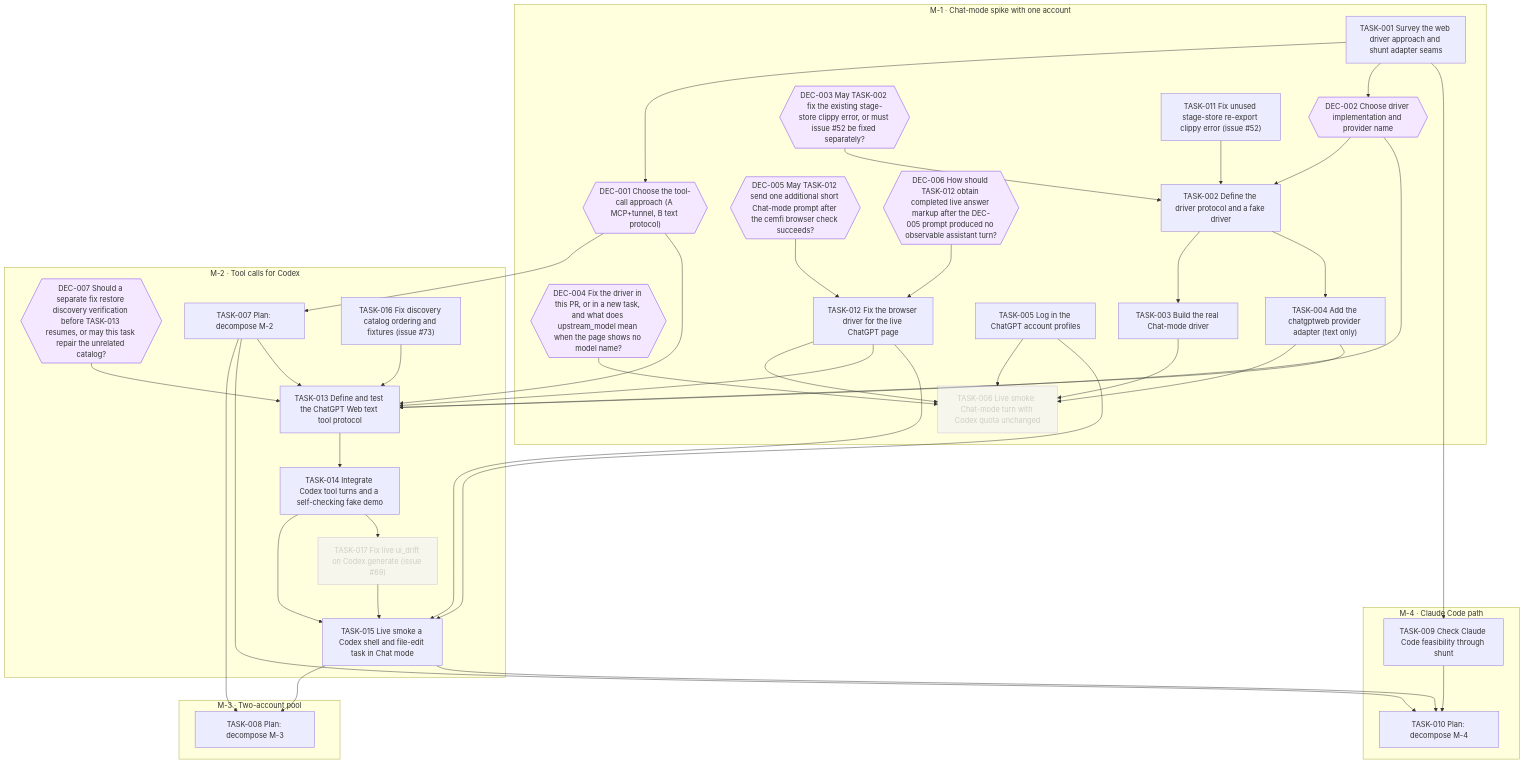
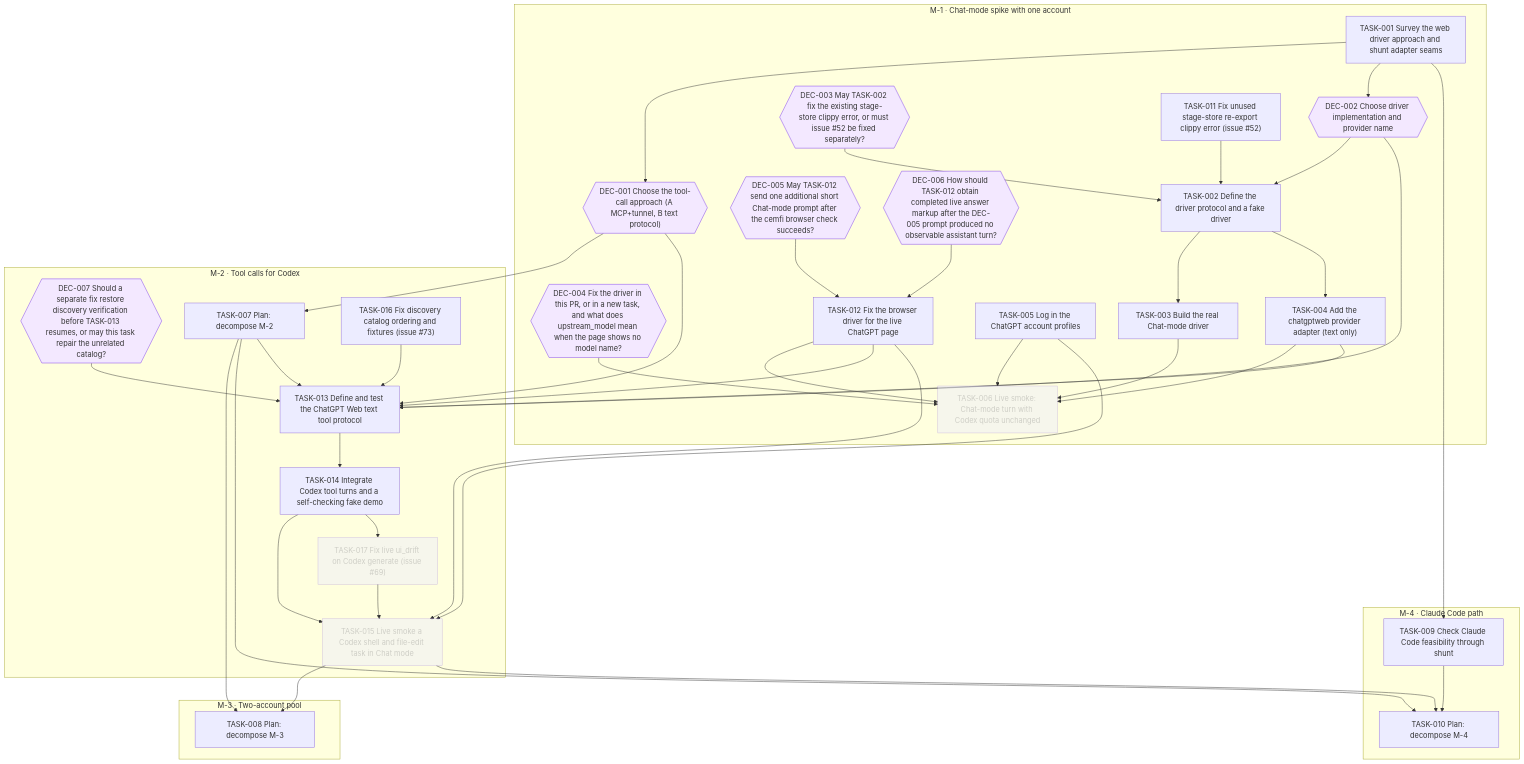
One commit to jesusvillota/shunt changed the diagram in goals/chatgptweb-provider/README.md. Above: the diagram before and after it, drawn with Mermaid. The commit also changed 2 other files, not shown here.

Commit message:
goal(chatgptweb-provider): cancel TASK-015: Goal called off by owner 2026-10-28: ChatGPT web is now driven through Orca's browser via the delegate-chatgptweb skill.

````diff
--- a/goals/chatgptweb-provider/README.md
+++ b/goals/chatgptweb-provider/README.md
@@ -132,81 +132,82 @@
 ```mermaid
 flowchart TD
   subgraph M_1["M-1 · Chat-mode spike with one account"]
     DEC_001{{"DEC-001 Choose the tool-call approach (A MCP+tunnel, B text protocol)"}}
     DEC_002{{"DEC-002 Choose driver implementation and provider name"}}
     DEC_003{{"DEC-003 May TASK-002 fix the existing stage-store clippy error, or must issue #52 be fixed separately?"}}
     DEC_004{{"DEC-004 Fix the driver in this PR, or in a new task, and what does upstream_model mean when the page shows no model name?"}}
     DEC_005{{"DEC-005 May TASK-012 send one additional short Chat-mode prompt after the cemfi browser check succeeds?"}}
     DEC_006{{"DEC-006 How should TASK-012 obtain completed live answer markup after the DEC-005 prompt produced no observable assistant turn?"}}
     TASK_001["TASK-001 Survey the web driver approach and shunt adapter seams"]
     TASK_002["TASK-002 Define the driver protocol and a fake driver"]
     TASK_003["TASK-003 Build the real Chat-mode driver"]
     TASK_004["TASK-004 Add the chatgptweb provider adapter (text only)"]
     TASK_005["TASK-005 Log in the ChatGPT account profiles"]
     TASK_006["TASK-006 Live smoke: Chat-mode turn with Codex quota unchanged"]
     TASK_011["TASK-011 Fix unused stage-store re-export clippy error (issue #52)"]
     TASK_012["TASK-012 Fix the browser driver for the live ChatGPT page"]
   end
   subgraph M_2["M-2 · Tool calls for Codex"]
     DEC_007{{"DEC-007 Should a separate fix restore discovery verification before TASK-013 resumes, or may this task repair the unrelated catalog?"}}
     TASK_007["TASK-007 Plan: decompose M-2"]
     TASK_013["TASK-013 Define and test the ChatGPT Web text tool protocol"]
     TASK_014["TASK-014 Integrate Codex tool turns and a self-checking fake demo"]
     TASK_015["TASK-015 Live smoke a Codex shell and file-edit task in Chat mode"]
     TASK_016["TASK-016 Fix discovery catalog ordering and fixtures (issue #73)"]
     TASK_017["TASK-017 Fix live ui_drift on Codex generate (issue #69)"]
   end
   subgraph M_3["M-3 · Two-account pool"]
     TASK_008["TASK-008 Plan: decompose M-3"]
   end
   subgraph M_4["M-4 · Claude Code path"]
     TASK_009["TASK-009 Check Claude Code feasibility through shunt"]
     TASK_010["TASK-010 Plan: decompose M-4"]
   end
   TASK_001 --> DEC_001
   TASK_001 --> DEC_002
   DEC_002 --> TASK_002
   DEC_003 --> TASK_002
   TASK_011 --> TASK_002
   TASK_002 --> TASK_003
   TASK_002 --> TASK_004
   TASK_003 --> TASK_006
   TASK_004 --> TASK_006
   TASK_005 --> TASK_006
   DEC_004 --> TASK_006
   TASK_012 --> TASK_006
   DEC_001 --> TASK_007
   TASK_007 --> TASK_008
   TASK_015 --> TASK_008
   TASK_001 --> TASK_009
   TASK_007 --> TASK_010
   TASK_009 --> TASK_010
   TASK_015 --> TASK_010
   DEC_005 --> TASK_012
   DEC_006 --> TASK_012
   TASK_007 --> TASK_013
   TASK_004 --> TASK_013
   TASK_012 --> TASK_013
   DEC_001 --> TASK_013
   DEC_002 --> TASK_013
   DEC_007 --> TASK_013
   TASK_016 --> TASK_013
   TASK_013 --> TASK_014
   TASK_014 --> TASK_015
   TASK_005 --> TASK_015
   TASK_012 --> TASK_015
   TASK_017 --> TASK_015
   TASK_014 --> TASK_017
   classDef draft stroke-dasharray: 4 3
   classDef cancelled opacity:0.45
   classDef decision fill:#f3e8ff,stroke:#7c3aed
   class TASK_006 cancelled
+  class TASK_015 cancelled
   class TASK_017 cancelled
   class DEC_001 decision
   class DEC_002 decision
   class DEC_003 decision
   class DEC_004 decision
   class DEC_005 decision
   class DEC_006 decision
   class DEC_007 decision
 ```
````
